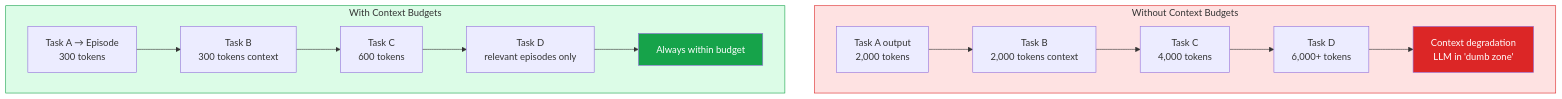
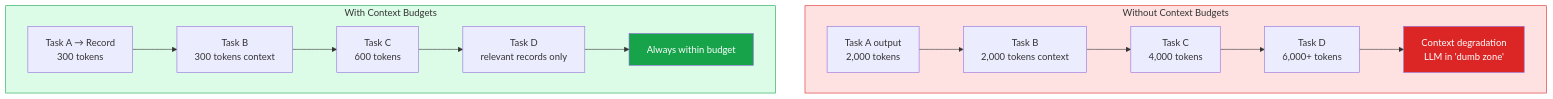
One commit to supernovae-st/nika changed diagram 11 of 23 in docs/brainstorm/nika-evolution/11-nika-030-technical-reference.md. Above: the diagram before and after it, drawn with Mermaid. The commit also changed other lines of this file and 12 other files, not shown here.

````diff
--- a/docs/brainstorm/nika-evolution/11-nika-030-technical-reference.md
+++ b/docs/brainstorm/nika-evolution/11-nika-030-technical-reference.md
@@ -692,21 +692,21 @@
 ```mermaid
 flowchart TB
     subgraph BEFORE["Without Context Budgets"]
         B1["Task A output\n2,000 tokens"] --> B2["Task B\n2,000 tokens context"]
         B2 --> B3["Task C\n4,000 tokens"]
         B3 --> B4["Task D\n6,000+ tokens"]
         B4 --> B5["Context degradation\nLLM in 'dumb zone'"]
     end
 
     subgraph AFTER["With Context Budgets"]
-        A1["Task A → Episode\n300 tokens"] --> A2["Task B\n300 tokens context"]
+        A1["Task A → Record\n300 tokens"] --> A2["Task B\n300 tokens context"]
         A2 --> A3["Task C\n600 tokens"]
-        A3 --> A4["Task D\nrelevant episodes only"]
+        A3 --> A4["Task D\nrelevant records only"]
         A4 --> A5["Always within budget"]
     end
 
     style BEFORE fill:#fee2e2,stroke:#dc2626
     style AFTER fill:#dcfce7,stroke:#16a34a
     style B5 fill:#dc2626,color:#fff
     style A5 fill:#16a34a,color:#fff
 ```
````
